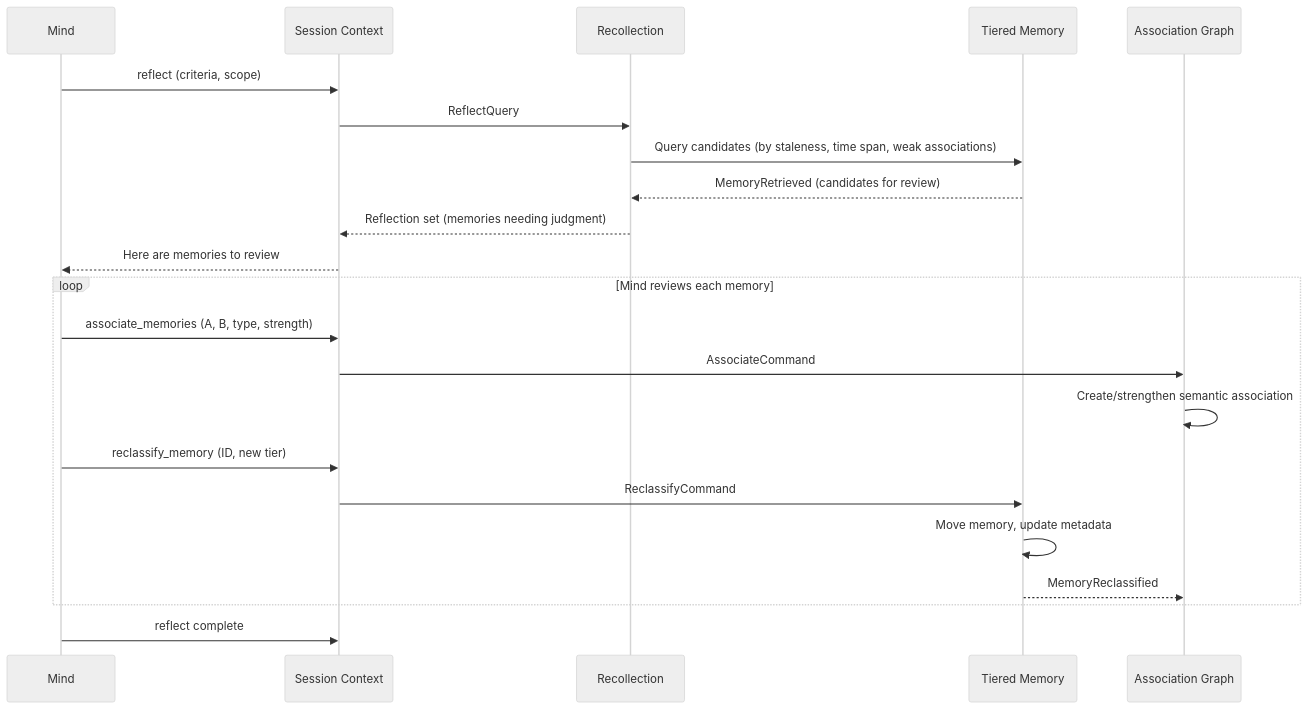
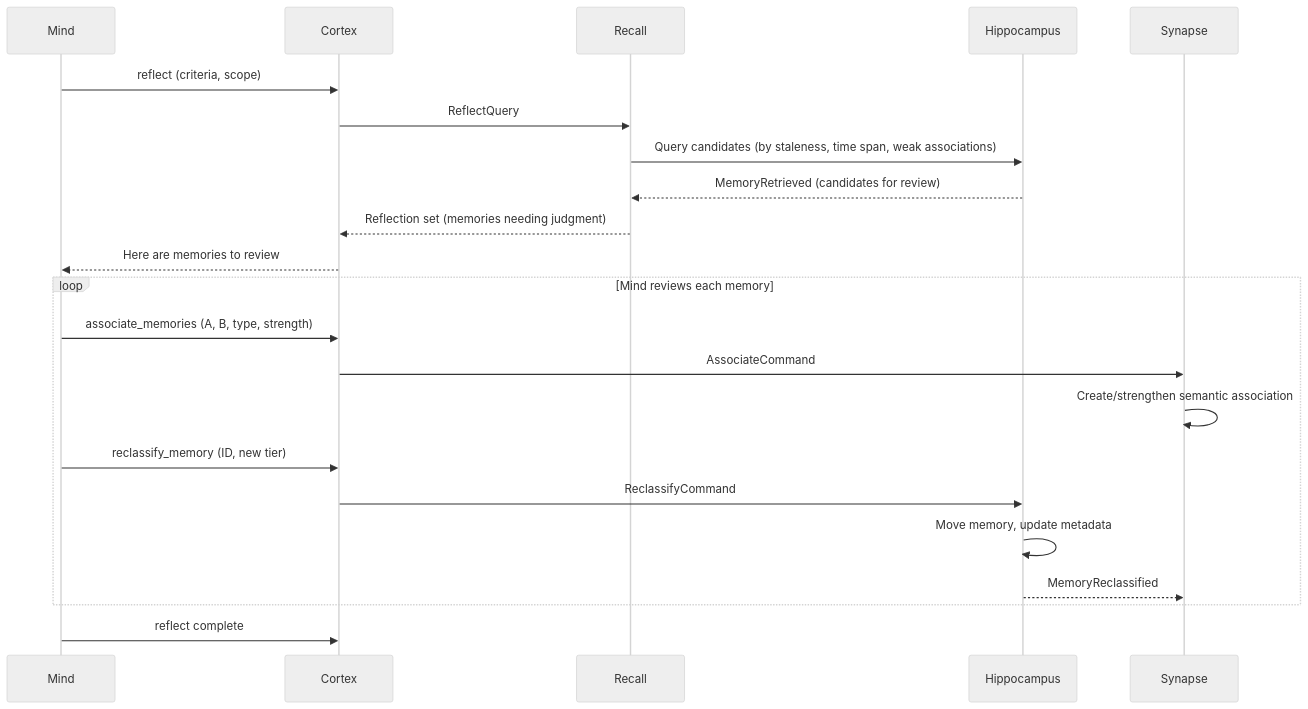
One commit to Mimis-Gildi/mcp-total-recall changed the diagram in site/_includes/diagrams/msg-0006-reflect.mmd. Above: the diagram before and after it, drawn with Mermaid (neutral theme). The commit also changed 31 other files, not shown here.

```diff
--- a/site/_includes/diagrams/msg-0006-reflect.mmd
+++ b/site/_includes/diagrams/msg-0006-reflect.mmd
@@ -1,26 +1,26 @@
 sequenceDiagram
     participant C as Mind
-    participant SP as Session Context
-    participant RE as Recollection
-    participant TM as Tiered Memory
-    participant AG as Association Graph
+    participant CX as Cortex
+    participant RC as Recall
+    participant HP as Hippocampus
+    participant SY as Synapse
 
-    C->>SP: reflect (criteria, scope)
-    SP->>RE: ReflectQuery
-    RE->>TM: Query candidates (by staleness, time span, weak associations)
-    TM-->>RE: MemoryRetrieved (candidates for review)
-    RE-->>SP: Reflection set (memories needing judgment)
-    SP-->>C: Here are memories to review
+    C->>CX: reflect (criteria, scope)
+    CX->>RC: ReflectQuery
+    RC->>HP: Query candidates (by staleness, time span, weak associations)
+    HP-->>RC: MemoryRetrieved (candidates for review)
+    RC-->>CX: Reflection set (memories needing judgment)
+    CX-->>C: Here are memories to review
 
     loop Mind reviews each memory
-        C->>SP: associate_memories (A, B, type, strength)
-        SP->>AG: AssociateCommand
-        AG->>AG: Create/strengthen semantic association
+        C->>CX: associate_memories (A, B, type, strength)
+        CX->>SY: AssociateCommand
+        SY->>SY: Create/strengthen semantic association
 
-        C->>SP: reclassify_memory (ID, new tier)
-        SP->>TM: ReclassifyCommand
-        TM->>TM: Move memory, update metadata
-        TM-->>AG: MemoryReclassified
+        C->>CX: reclassify_memory (ID, new tier)
+        CX->>HP: ReclassifyCommand
+        HP->>HP: Move memory, update metadata
+        HP-->>SY: MemoryReclassified
     end
 
-    C->>SP: reflect complete
+    C->>CX: reflect complete
```
